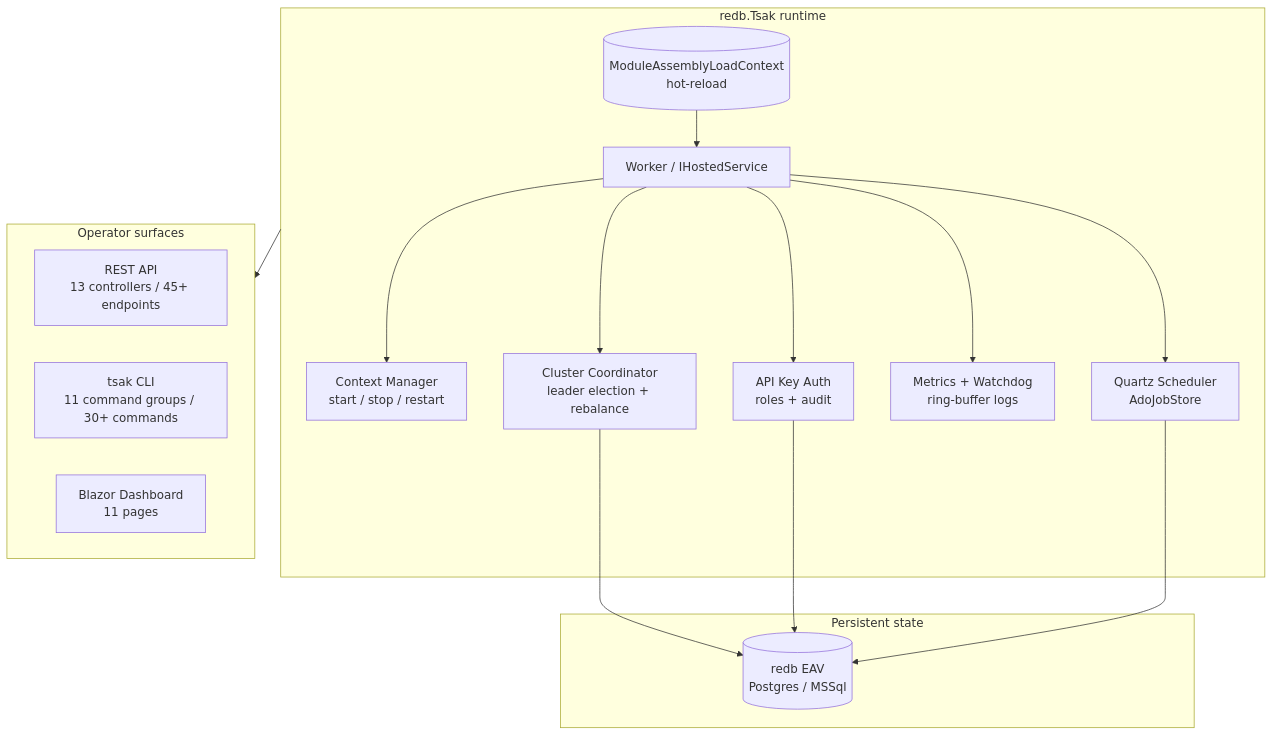
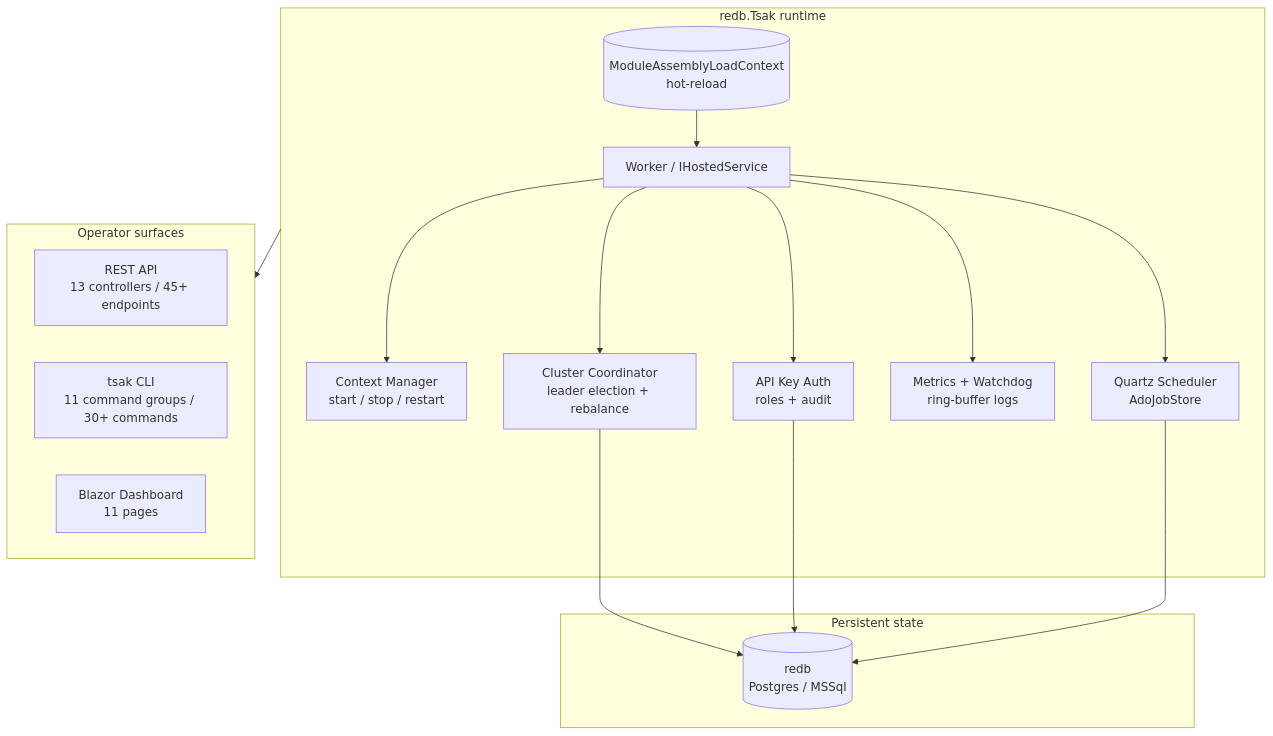
The fifth of 6 diagrams in README.md (redbase-app/redb-route), drawn with Mermaid before and after one commit. The commit also changed other lines of this file and 11 other files, not shown here.

````diff
--- a/README.md
+++ b/README.md
@@ -1507,33 +1507,33 @@
 ```mermaid
 flowchart TB
     subgraph Tsak["redb.Tsak runtime"]
         Worker[Worker / IHostedService]
         Modules[(ModuleAssemblyLoadContext\nhot-reload)]
         Ctx[Context Manager\nstart / stop / restart]
         Cluster[Cluster Coordinator\nleader election + rebalance]
         Quartz[Quartz Scheduler\nAdoJobStore]
         Metrics[Metrics + Watchdog\nring-buffer logs]
         Sec[API Key Auth\nroles + audit]
     end
 
     subgraph Surfaces["Operator surfaces"]
         REST[REST API\n13 controllers / 45+ endpoints]
         CLI[tsak CLI\n11 command groups / 30+ commands]
         UI[Blazor Dashboard\n11 pages]
     end
 
     subgraph Storage["Persistent state"]
-        Redb[(redb EAV\nPostgres / MSSql)]
+        Redb[(redb\nPostgres / MSSql)]
     end
 
     Modules --> Worker
     Worker --> Ctx
     Worker --> Cluster
     Worker --> Quartz
     Worker --> Metrics
     Worker --> Sec
     Tsak --> Surfaces
     Cluster --> Redb
     Sec --> Redb
     Quartz --> Redb
 ```
````
